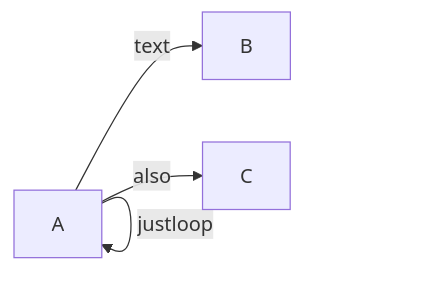
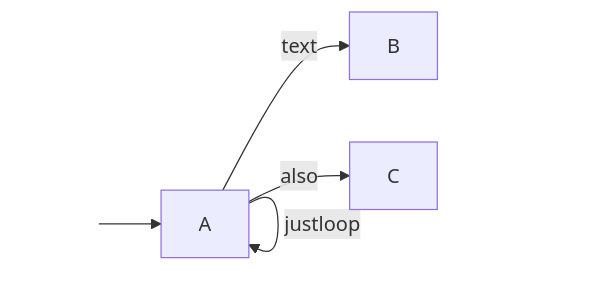
Before and after one commit to shaharyi/final_exam_2023: the diagram in q12.md, drawn with Mermaid.

````diff
--- a/q12.md
+++ b/q12.md
@@ -20,6 +20,8 @@
 ```mermaid
 graph LR;
+    s --> A;
+    style s stroke-width:0px,fill:#fff,color:#fff
     A-- text -->B;
     A-- also -->C;
     A-- justloop -->A;
 ```
````
